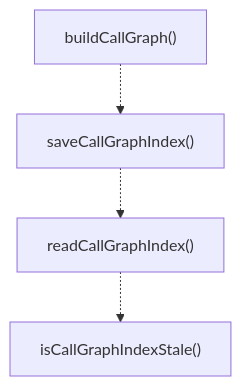
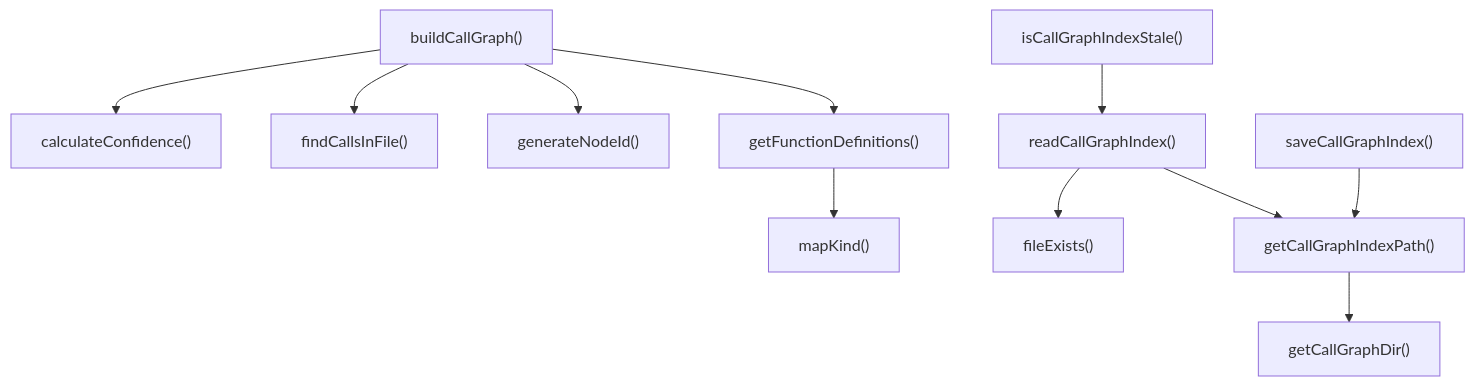
One commit to Mekann2904/mekann changed the second of 3 diagrams in ABDD/.pi/extensions/search/call-graph/builder.md. Above: the diagram before and after it, drawn with Mermaid. The commit also changed other lines of this file and 277 other files, not shown here.

````diff
--- a/ABDD/.pi/extensions/search/call-graph/builder.md
+++ b/ABDD/.pi/extensions/search/call-graph/builder.md
@@ -57,10 +57,25 @@
 ```mermaid
 flowchart TD
   buildCallGraph["buildCallGraph()"]
+  calculateConfidence["calculateConfidence()"]
+  fileExists["fileExists()"]
+  findCallsInFile["findCallsInFile()"]
+  generateNodeId["generateNodeId()"]
+  getCallGraphDir["getCallGraphDir()"]
+  getCallGraphIndexPath["getCallGraphIndexPath()"]
+  getFunctionDefinitions["getFunctionDefinitions()"]
+  isCallGraphIndexStale["isCallGraphIndexStale()"]
+  mapKind["mapKind()"]
+  readCallGraphIndex["readCallGraphIndex()"]
   saveCallGraphIndex["saveCallGraphIndex()"]
-  readCallGraphIndex["readCallGraphIndex()"]
-  isCallGraphIndexStale["isCallGraphIndexStale()"]
-  buildCallGraph -.-> saveCallGraphIndex
-  saveCallGraphIndex -.-> readCallGraphIndex
-  readCallGraphIndex -.-> isCallGraphIndexStale
+  buildCallGraph --> calculateConfidence
+  buildCallGraph --> findCallsInFile
+  buildCallGraph --> generateNodeId
+  buildCallGraph --> getFunctionDefinitions
+  getCallGraphIndexPath --> getCallGraphDir
+  getFunctionDefinitions --> mapKind
+  isCallGraphIndexStale --> readCallGraphIndex
+  readCallGraphIndex --> fileExists
+  readCallGraphIndex --> getCallGraphIndexPath
+  saveCallGraphIndex --> getCallGraphIndexPath
 ```
````
